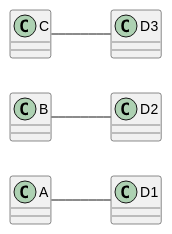
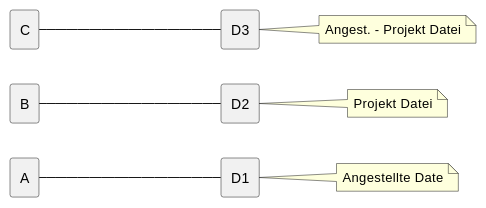
Before and after one commit to P-Klose/3-insy-theorie: the diagram in asciidocs/index.adoc, drawn with PlantUML. The commit also changed other lines of this file, not shown here.

Commit message:
Abb2 update

```diff
--- a/asciidocs/index.adoc
+++ b/asciidocs/index.adoc
@@ -28,11 +31,30 @@
 [plantuml,Abb2,png]
 -----
 @startuml
 left to right direction
 
-A -- D1
-B -- D2
-C -- D3
+agent A
+agent B
+agent C
+agent D1
+agent D2
+agent D3
+
+A ---- D1
+C ---- D3
+B ---- D2
+
+
+
+note right of D1
+Angestellte Date
+end note
+note right of D2
+Projekt Datei
+end note
+note right of D3
+Angest. - Projekt Datei
+end note
 
 @enduml
 -----
```
